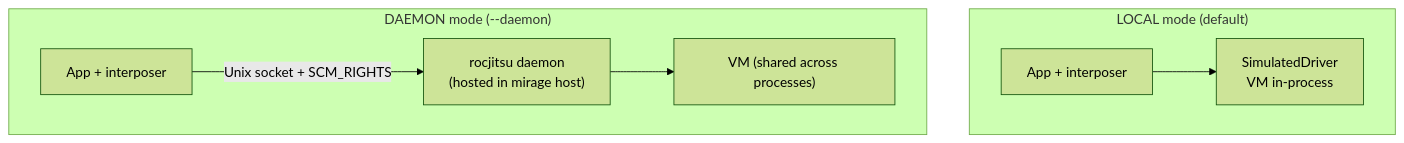
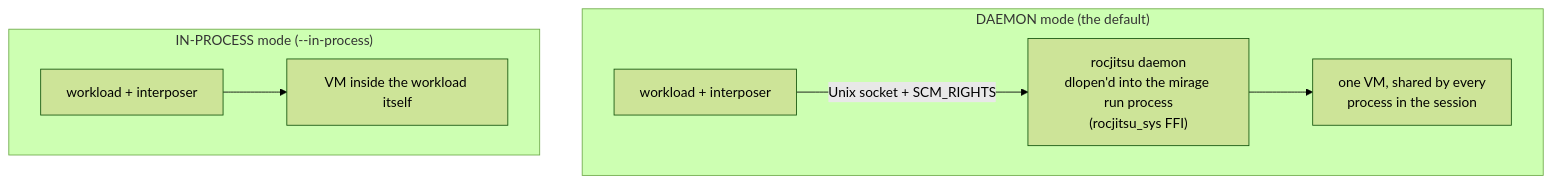
One commit to ROCm/rocm-systems changed the seventh of 14 diagrams in emulation/mirage/docs/demo-debugging-at-scale.md. Above: the diagram before and after it, drawn with Mermaid (forest theme). The commit also changed other lines of this file and 148 other files, not shown here.

````diff
--- a/emulation/mirage/docs/demo-debugging-at-scale.md
+++ b/emulation/mirage/docs/demo-debugging-at-scale.md
@@ -246,10 +259,10 @@
 ```mermaid
 flowchart TB
-    subgraph local["LOCAL mode (default)"]
-      A1["App + interposer"] --> D1["SimulatedDriver<br/>VM in-process"]
+    subgraph daemonmode["DAEMON mode (the default)"]
+      A2["workload + interposer"] -->|"Unix socket + SCM_RIGHTS"| DD["rocjitsu daemon<br/>dlopen'd into the mirage run process<br/>(rocjitsu_sys FFI)"]
+      DD --> D2["one VM, shared by every<br/>process in the session"]
     end
-    subgraph daemon["DAEMON mode (--daemon)"]
-      A2["App + interposer"] -->|"Unix socket + SCM_RIGHTS"| DD["rocjitsu daemon<br/>(hosted in mirage host)"]
-      DD --> D2["VM (shared across processes)"]
+    subgraph local["IN-PROCESS mode (--in-process)"]
+      A1["workload + interposer"] --> D1["VM inside the workload itself"]
     end
 ```
````
